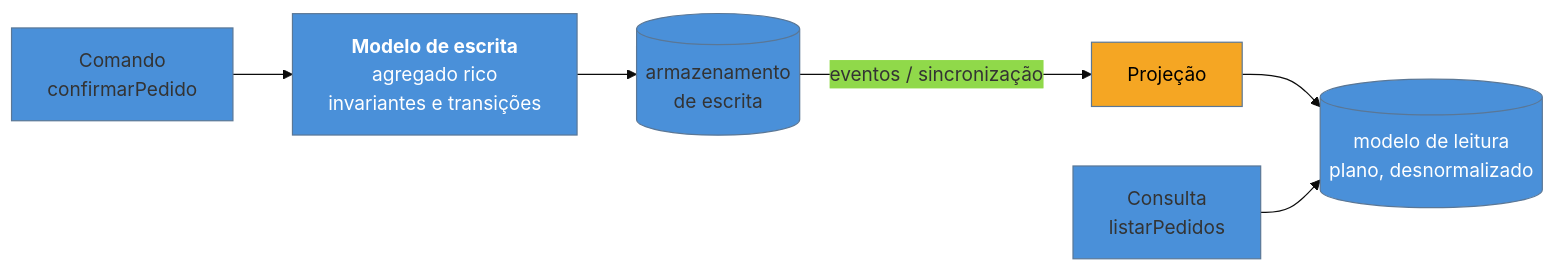
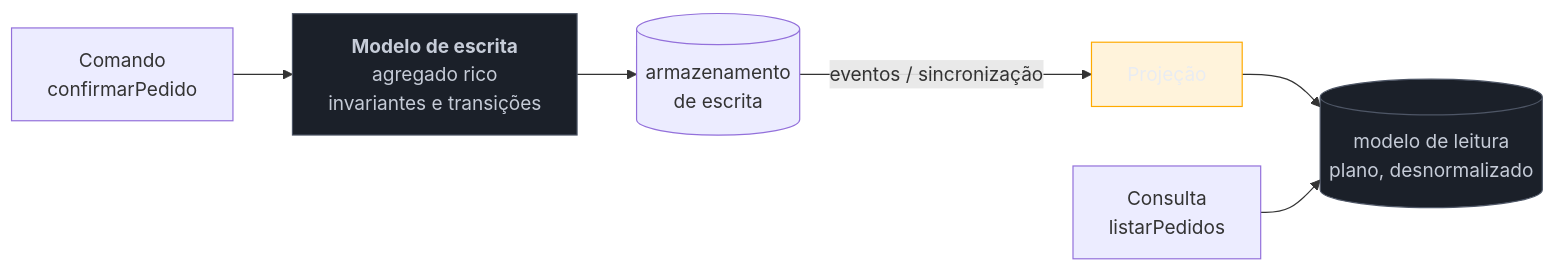
The diagram in 03-Dominios/Engenharia/Design de Software/Padrões de Projeto/Arquitetura de Eventos/10 - CQRS.md (josenaldo/codex-technomanticus), drawn with Mermaid before and after one commit. The commit also changed 1181 other files, not shown here.

First line of the commit message:
fix(diagramas): paleta do sistema no lugar de cor cravada no markdown

````diff
--- a/03-Dominios/Engenharia/Design de Software/Padrões de Projeto/Arquitetura de Eventos/10 - CQRS.md
+++ b/03-Dominios/Engenharia/Design de Software/Padrões de Projeto/Arquitetura de Eventos/10 - CQRS.md
@@ -43,13 +43,14 @@
 ```mermaid
-%%{init: {"theme": "base", "themeVariables": {"primaryColor": "#4A90D9"}}}%%
 graph LR
+    classDef neutro fill:#1B2029,stroke:#4E5666,color:#C6CCD8
+    classDef destaque fill:#FFAA0024,stroke:#FFAA00,color:#E9ECF2
     C["Comando<br/>confirmarPedido"] --> W["<b>Modelo de escrita</b><br/>agregado rico<br/>invariantes e transições"]
     W --> DB[("armazenamento<br/>de escrita")]
     DB -->|"eventos / sincronização"| P["Projeção"]
     P --> R[("modelo de leitura<br/>plano, desnormalizado")]
     Q["Consulta<br/>listarPedidos"] --> R
 
-    style W fill:#4A90D9,color:#fff
-    style R fill:#4A90D9,color:#fff
-    style P fill:#F5A623,color:#000
+    class W neutro
+    class R neutro
+    class P destaque
 ```
````
